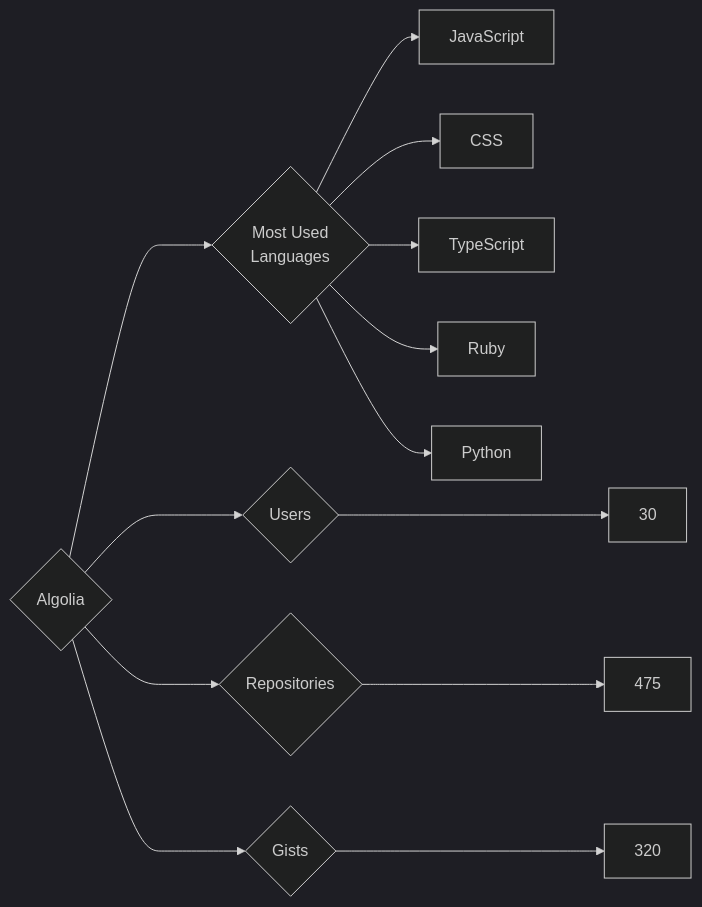
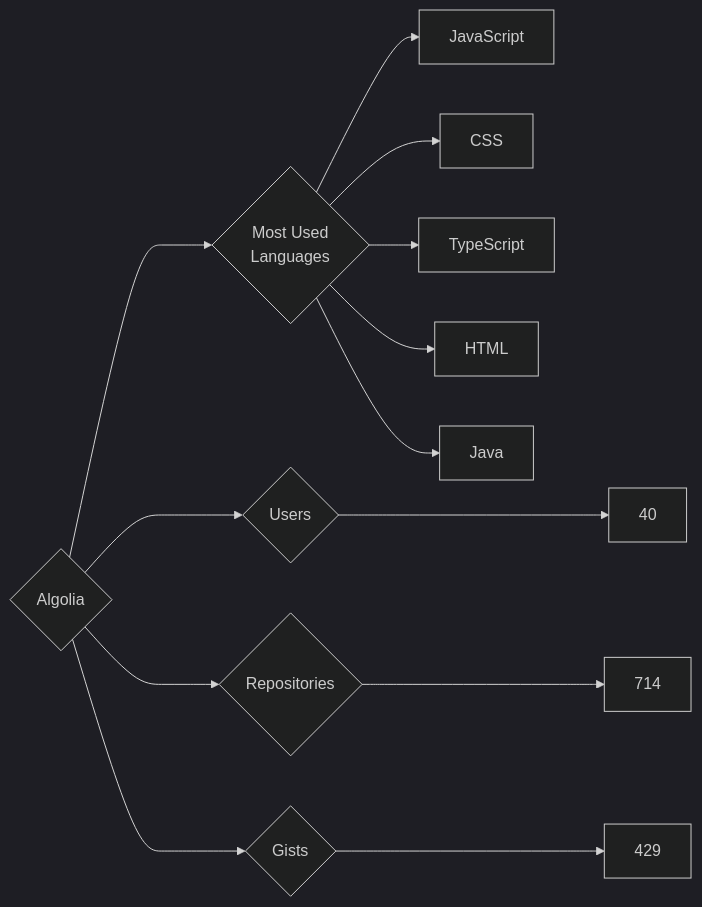
Before and after one commit to trickest/insiders: the diagram in targets/Algolia/README.md, drawn with Mermaid (dark theme). The commit also changed 745 other files, not shown here.

````diff
--- a/targets/Algolia/README.md
+++ b/targets/Algolia/README.md
@@ -3,13 +3,13 @@
 ```mermaid
 graph LR
 COMPANY_NAME{Algolia}
-COMPANY_NAME ---> U{Users} ---> UN[30]
-COMPANY_NAME ---> R{Repositories} ---> RN[475]
-COMPANY_NAME ---> G{Gists} ---> GN[320]
+COMPANY_NAME ---> U{Users} ---> UN[40]
+COMPANY_NAME ---> R{Repositories} ---> RN[714]
+COMPANY_NAME ---> G{Gists} ---> GN[429]
 COMPANY_NAME ---> ML{Most Used<br>Languages}
 ML --> JavaScript[JavaScript]
 ML --> CSS[CSS]
 ML --> TypeScript[TypeScript]
-ML --> Ruby[Ruby]
-ML --> Python[Python]
+ML --> HTML[HTML]
+ML --> Java[Java]
 ```
````
